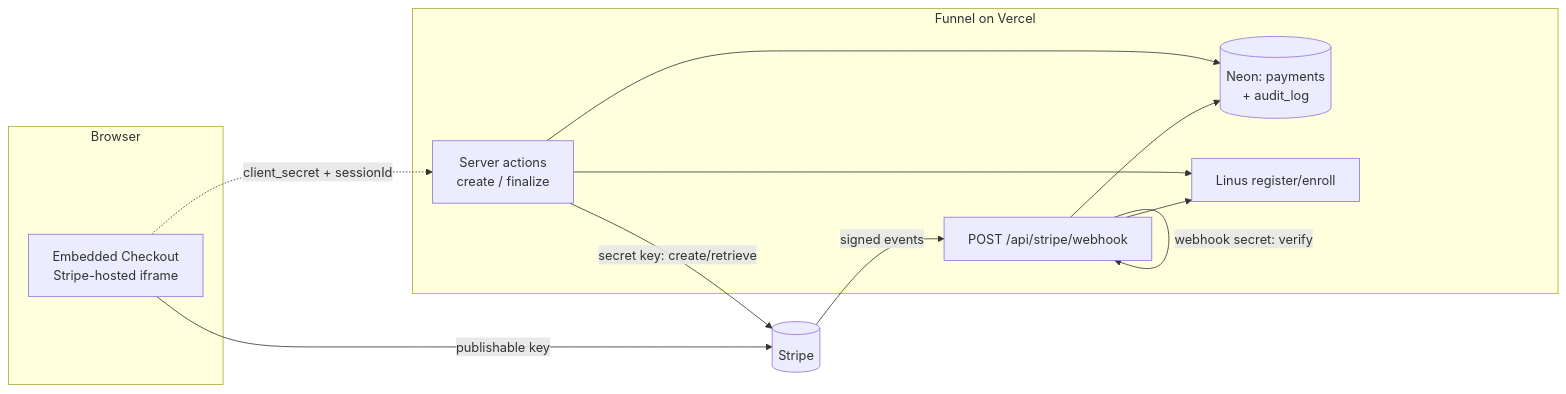
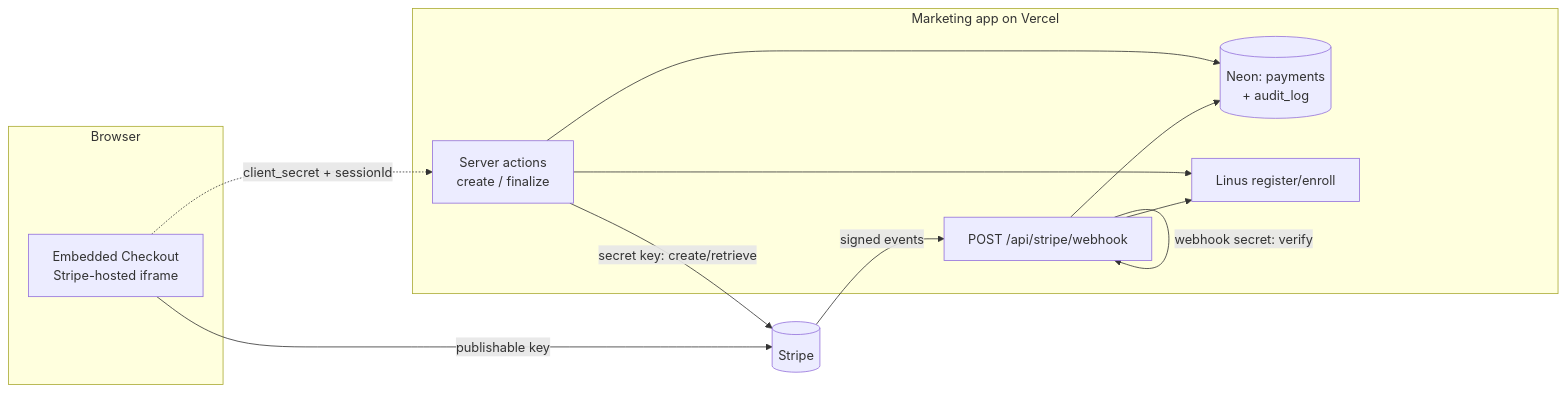
One commit to dbates-commits/primary-brain-health changed the first of 4 diagrams in docs/sow2/technical/stripe-integration-reference.md. Above: the diagram before and after it, drawn with Mermaid. The commit also changed other lines of this file and 105 other files, not shown here.

First line of the commit message:
refactor: retire apps/app, ending the flow at a welcome screen

````diff
--- a/docs/sow2/technical/stripe-integration-reference.md
+++ b/docs/sow2/technical/stripe-integration-reference.md
@@ -89,23 +89,23 @@
 ```mermaid
 flowchart LR
     subgraph Browser
         PE[Embedded Checkout<br/>Stripe-hosted iframe]
     end
-    subgraph Funnel[Funnel on Vercel]
+    subgraph Site[Marketing app on Vercel]
         SA[Server actions<br/>create / finalize]
         WH[POST /api/stripe/webhook]
         DB[(Neon: payments<br/>+ audit_log)]
         LN[Linus register/enroll]
     end
     Stripe[(Stripe)]
 
     PE -->|publishable key| Stripe
     SA -->|secret key: create/retrieve| Stripe
     Stripe -->|signed events| WH
     WH -->|webhook secret: verify| WH
     SA --> DB
     WH --> DB
     SA --> LN
     WH --> LN
     PE -.client_secret + sessionId.-> SA
 ```
````
